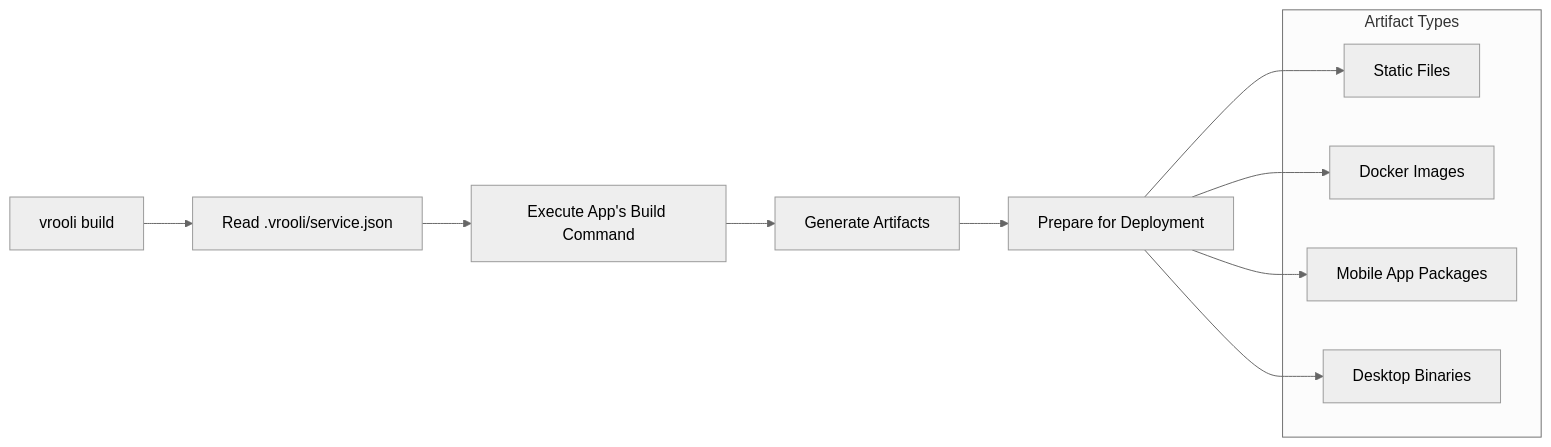
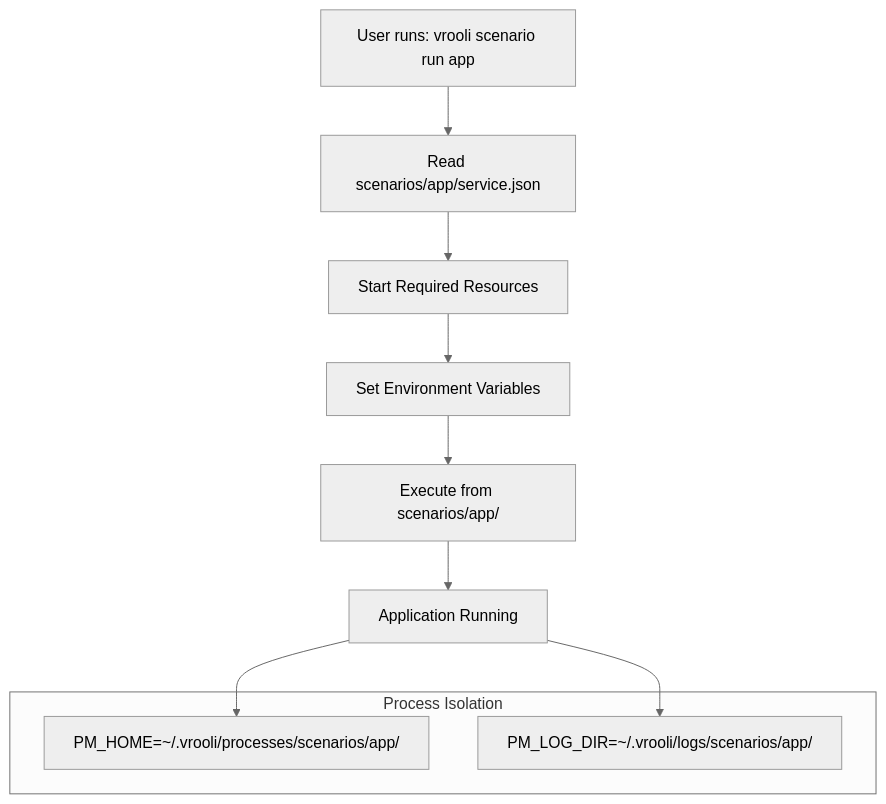
One commit to Vrooli/Vrooli changed the second of 2 diagrams in docs/devops/build-system.md. Above: the diagram before and after it, drawn with Mermaid (neutral theme). The commit also changed other lines of this file and 99 other files, not shown here.

````diff
--- a/docs/devops/build-system.md
+++ b/docs/devops/build-system.md
@@ -101,19 +122,16 @@
 ```mermaid
-flowchart LR
-    A[vrooli build] --> B[Read .vrooli/service.json]
-    B --> C[Execute App's Build Command]
-    C --> D[Generate Artifacts]
-    D --> E[Prepare for Deployment]
+flowchart TD
+    A[User runs: vrooli scenario run app] --> B[Read scenarios/app/service.json]
+    B --> C[Start Required Resources]
+    C --> D[Set Environment Variables]
+    D --> E[Execute from scenarios/app/]
+    E --> F[Application Running]
     
-    subgraph "Artifact Types"
-        F[Static Files]
-        G[Docker Images]
-        H[Mobile App Packages]
-        I[Desktop Binaries]
+    subgraph "Process Isolation"
+        G[PM_HOME=~/.vrooli/processes/scenarios/app/]
+        H[PM_LOG_DIR=~/.vrooli/logs/scenarios/app/]
     end
     
-    E --> F
-    E --> G
-    E --> H
-    E --> I
+    F --> G
+    F --> H
 ```
````
